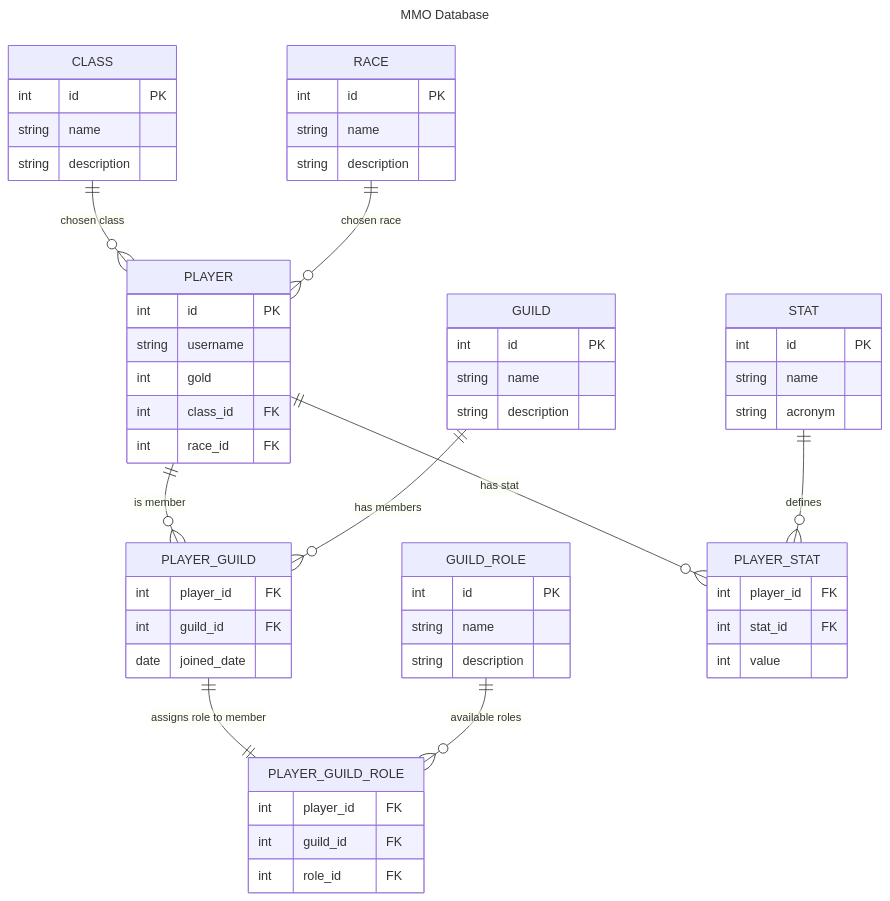
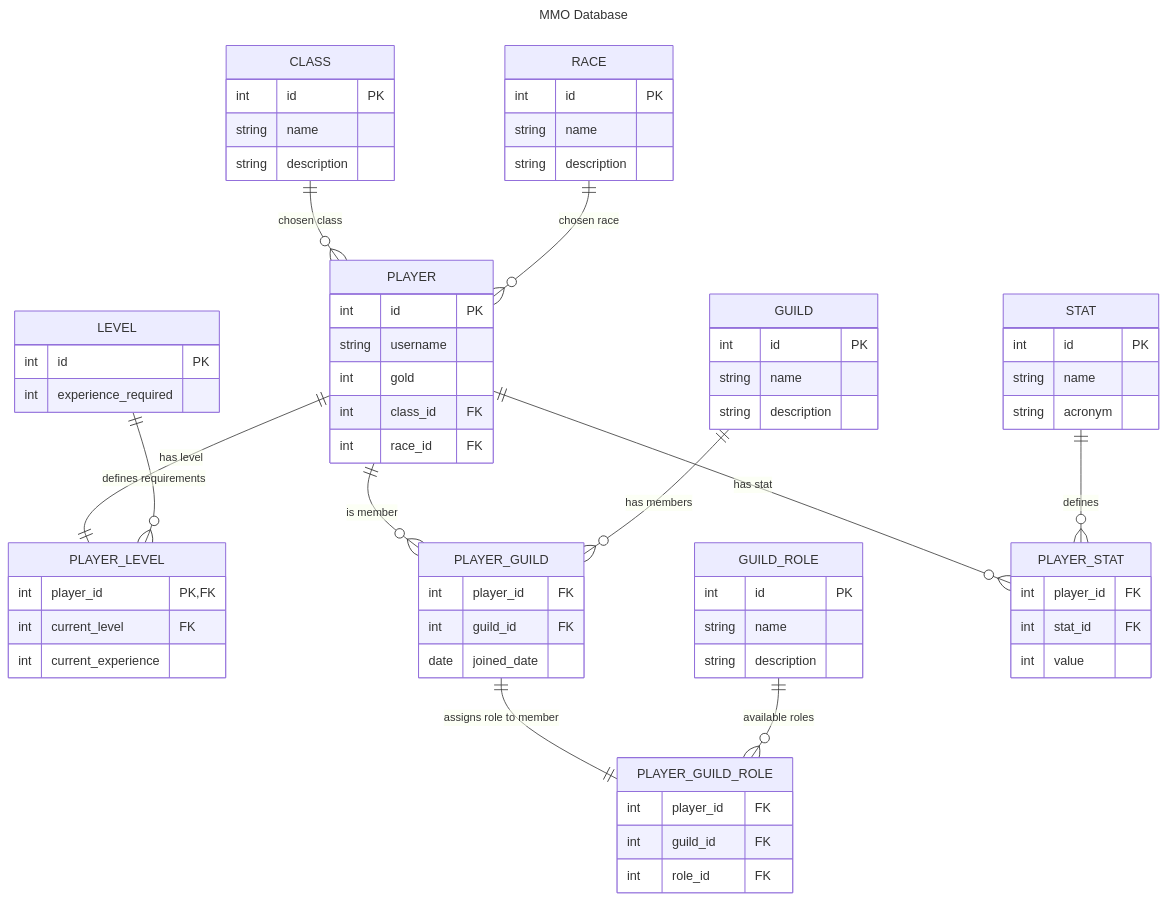
The diagram in sql/README.md (maik-hasler/vocational-training-resources), drawn with Mermaid before and after one commit. The commit also changed 3 other files, not shown here.

```diff
--- a/sql/README.md
+++ b/sql/README.md
@@ -66,6 +66,17 @@
         int class_id FK
         int race_id FK
     }
+
+   LEVEL {
+      int id PK
+      int experience_required
+   }
+
+   PLAYER_LEVEL {
+      int player_id PK,FK
+      int current_level FK
+      int current_experience
+   }
 
     GUILD {
         int id PK
@@ -106,6 +117,9 @@
     "CLASS" ||--o{ PLAYER : "chosen class"
     RACE ||--o{ PLAYER : "chosen race"
 
+   PLAYER ||--|| PLAYER_LEVEL : "has level"
+   LEVEL ||--o{ PLAYER_LEVEL : "defines requirements"
+
     PLAYER ||--o{ PLAYER_GUILD : "is member"
     GUILD ||--o{ PLAYER_GUILD : "has members"
 
```
